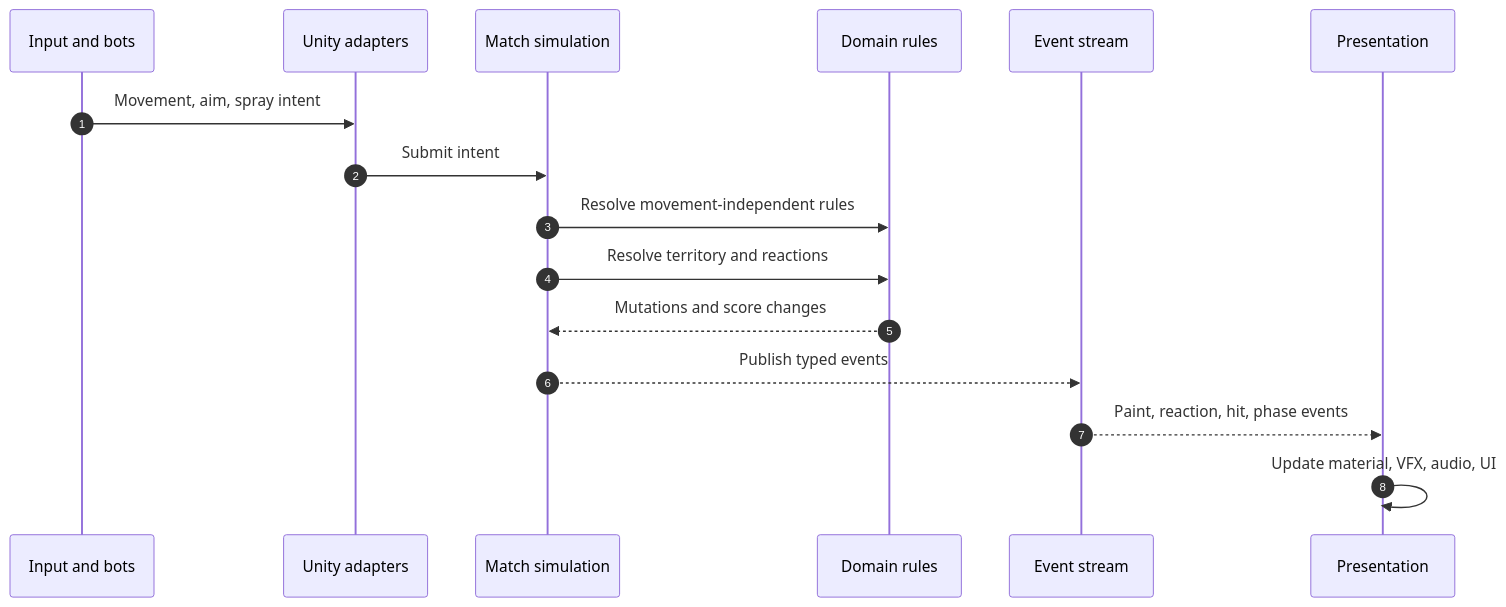
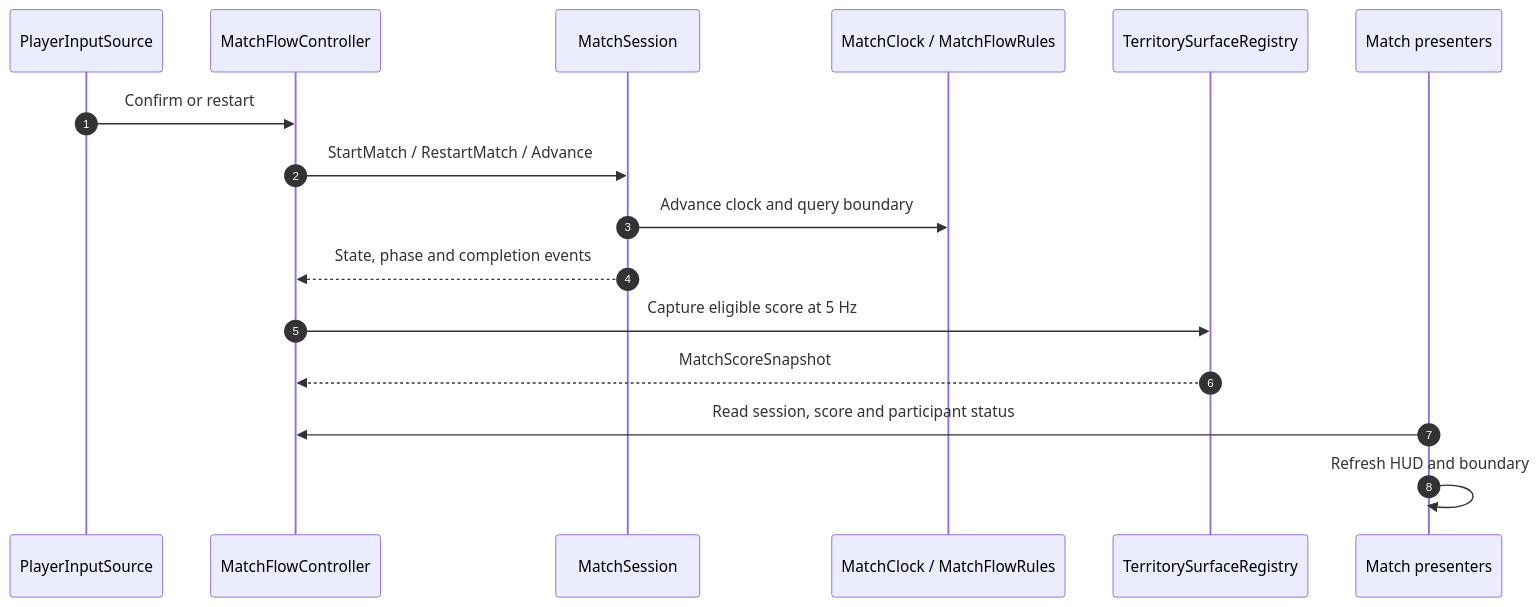
Before and after one commit to Zanark/Entropy-Tag: the second of 4 diagrams in docs/02_TECHNICAL_ARCHITECTURE.md, drawn with Mermaid. The commit also changed other lines of this file and 96 other files, not shown here.

````diff
--- a/docs/02_TECHNICAL_ARCHITECTURE.md
+++ b/docs/02_TECHNICAL_ARCHITECTURE.md
@@ -116,22 +131,22 @@
 ```mermaid
 sequenceDiagram
-    accTitle: EntropyTag runtime frame flow
-    accDescr: Unity input and bot decisions become intent, the simulation updates authoritative state, territory and player events are emitted, and presentation systems render the result.
+    accTitle: Implemented match frame flow
+    accDescr: Unity input starts or restarts the application session. The session advances deterministic timing and pressure, the Unity controller refreshes logical scoring, and presentation reads state and results.
 
     autonumber
-    participant Input as Input and bots
-    participant Adapter as Unity adapters
-    participant Match as Match simulation
-    participant Domain as Domain rules
-    participant Events as Event stream
-    participant View as Presentation
+    participant Input as PlayerInputSource
+    participant Adapter as MatchFlowController
+    participant Match as MatchSession
+    participant Domain as MatchClock / MatchFlowRules
+    participant Arena as TerritorySurfaceRegistry
+    participant View as Match presenters
 
-    Input->>Adapter: Movement, aim, spray intent
-    Adapter->>Match: Submit intent
-    Match->>Domain: Resolve movement-independent rules
-    Match->>Domain: Resolve territory and reactions
-    Domain-->>Match: Mutations and score changes
-    Match-->>Events: Publish typed events
-    Events-->>View: Paint, reaction, hit, phase events
-    View->>View: Update material, VFX, audio, UI
+    Input->>Adapter: Confirm or restart
+    Adapter->>Match: StartMatch / RestartMatch / Advance
+    Match->>Domain: Advance clock and query boundary
+    Match-->>Adapter: State, phase and completion events
+    Adapter->>Arena: Capture eligible score at 5 Hz
+    Arena-->>Adapter: MatchScoreSnapshot
+    View->>Adapter: Read session, score and participant status
+    View->>View: Refresh HUD and boundary
 ```
````
